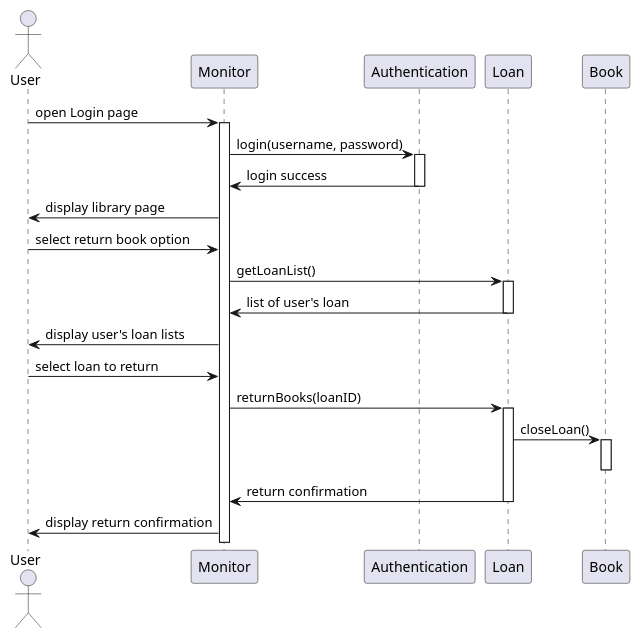
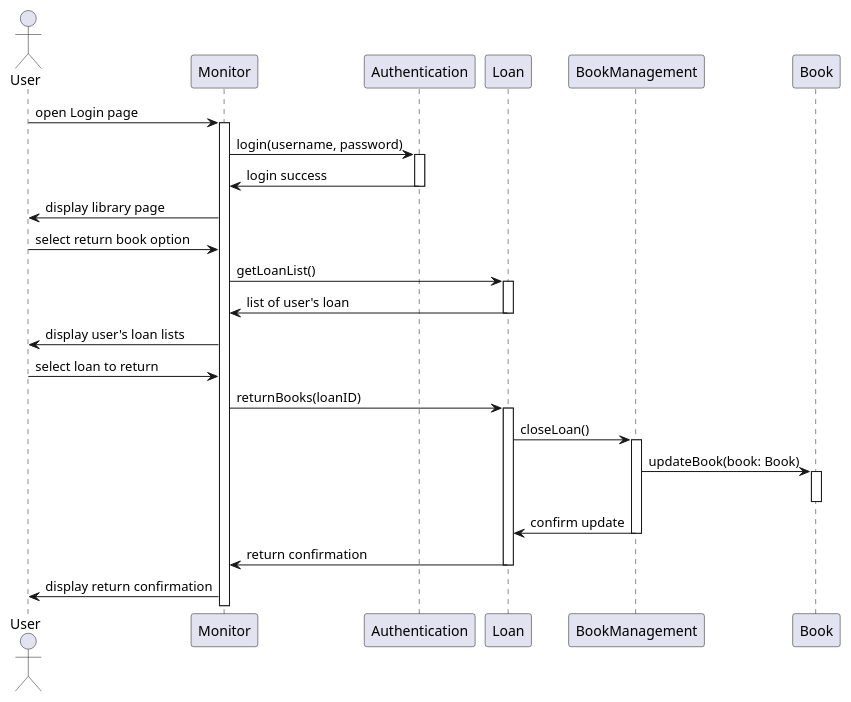
The diagram in src/returnBook.puml (zuzu2307/Final_UML), drawn with PlantUML before and after one commit. The commit also changed 13 other files, not shown here.

```diff
--- a/src/returnBook.puml
+++ b/src/returnBook.puml
@@ -1,32 +1,37 @@
 @startuml
 actor User
 participant Monitor
 participant Authentication
 participant Loan
+participant BookManagement
 participant Book
 
 User -> Monitor: open Login page
 activate Monitor
 Monitor -> Authentication: login(username, password)
 activate Authentication
 Authentication -> Monitor: login success
 deactivate Authentication
 Monitor -> User: display library page
 
 User -> Monitor: select return book option
 Monitor -> Loan: getLoanList()
 activate Loan
 Loan -> Monitor: list of user's loan
 deactivate Loan
 Monitor -> User: display user's loan lists
 
 User -> Monitor: select loan to return
 Monitor -> Loan: returnBooks(loanID)
 activate Loan
-Loan -> Book: closeLoan()
+Loan -> BookManagement: closeLoan()
+activate BookManagement
+BookManagement -> Book: updateBook(book: Book)
 activate Book
 deactivate Book
+BookManagement -> Loan: confirm update
+deactivate BookManagement
 Loan -> Monitor: return confirmation
 deactivate Loan
 Monitor -> User: display return confirmation
 @enduml
```
